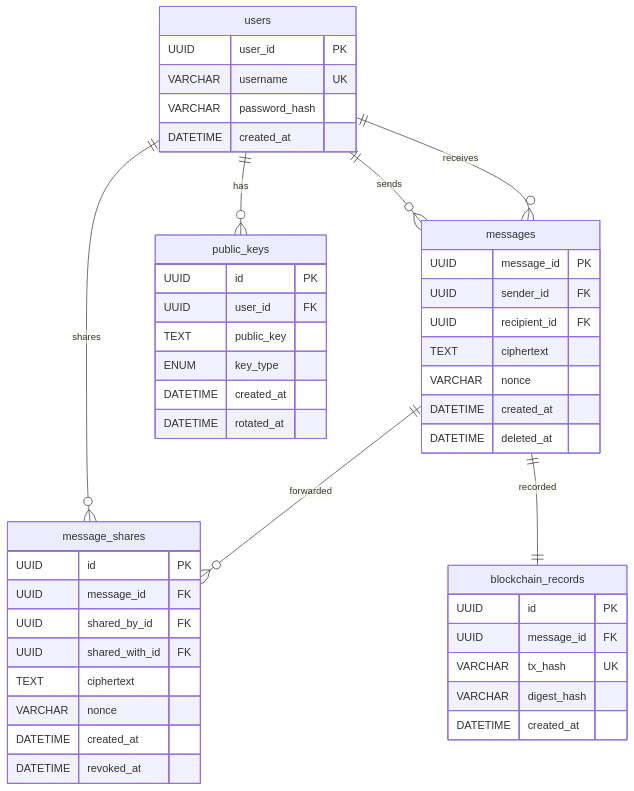
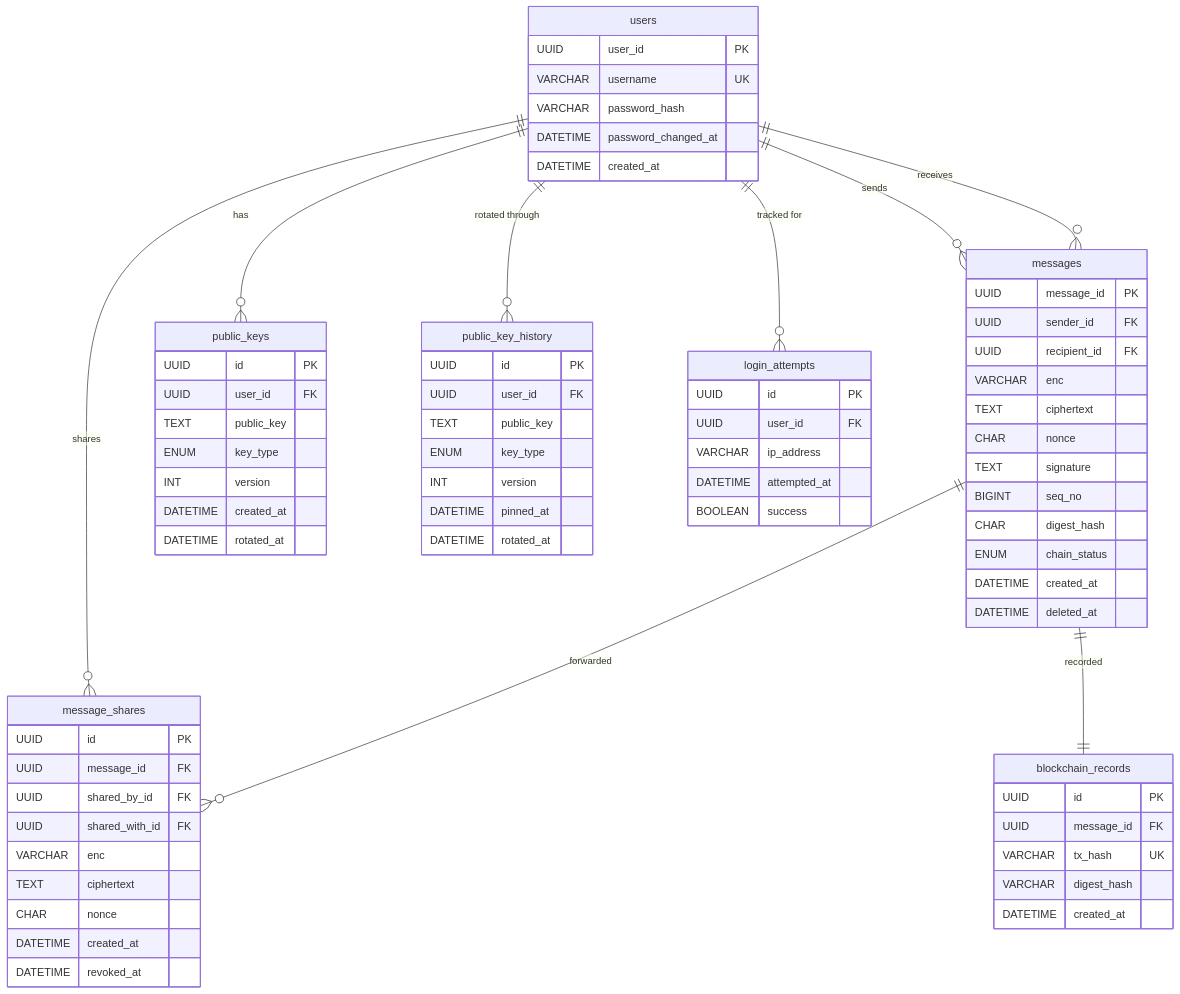
One commit to harrykikkers/cs4455-epic changed the diagram in backend/README.md. Above: the diagram before and after it, drawn with Mermaid. The commit also changed other lines of this file and 1 other file, not shown here.

````diff
--- a/backend/README.md
+++ b/backend/README.md
@@ -147,54 +150,82 @@
 ```mermaid
 erDiagram
   users ||--o{ messages : sends
   users ||--o{ messages : receives
   users ||--o{ public_keys : has
+  users ||--o{ public_key_history : "rotated through"
   users ||--o{ message_shares : shares
+  users ||--o{ login_attempts : "tracked for"
   messages ||--o{ message_shares : forwarded
   messages ||--|| blockchain_records : recorded
 
   users {
     UUID user_id PK
     VARCHAR username UK
     VARCHAR password_hash
+    DATETIME password_changed_at
     DATETIME created_at
+  }
+
+  login_attempts {
+    UUID id PK
+    UUID user_id FK
+    VARCHAR ip_address
+    DATETIME attempted_at
+    BOOLEAN success
   }
 
   public_keys {
     UUID id PK
     UUID user_id FK
     TEXT public_key
     ENUM key_type
+    INT version
     DATETIME created_at
+    DATETIME rotated_at
+  }
+
+  public_key_history {
+    UUID id PK
+    UUID user_id FK
+    TEXT public_key
+    ENUM key_type
+    INT version
+    DATETIME pinned_at
     DATETIME rotated_at
   }
 
   messages {
     UUID message_id PK
     UUID sender_id FK
     UUID recipient_id FK
+    VARCHAR enc
     TEXT ciphertext
-    VARCHAR nonce
+    CHAR nonce
+    TEXT signature
+    BIGINT seq_no
+    CHAR digest_hash
+    ENUM chain_status
     DATETIME created_at
     DATETIME deleted_at
   }
 
   message_shares {
     UUID id PK
     UUID message_id FK
     UUID shared_by_id FK
     UUID shared_with_id FK
+    VARCHAR enc
     TEXT ciphertext
-    VARCHAR nonce
+    CHAR nonce
     DATETIME created_at
     DATETIME revoked_at
   }
 
   blockchain_records {
     UUID id PK
     UUID message_id FK
     VARCHAR tx_hash UK
     VARCHAR digest_hash
     DATETIME created_at
   }
 ```
````
